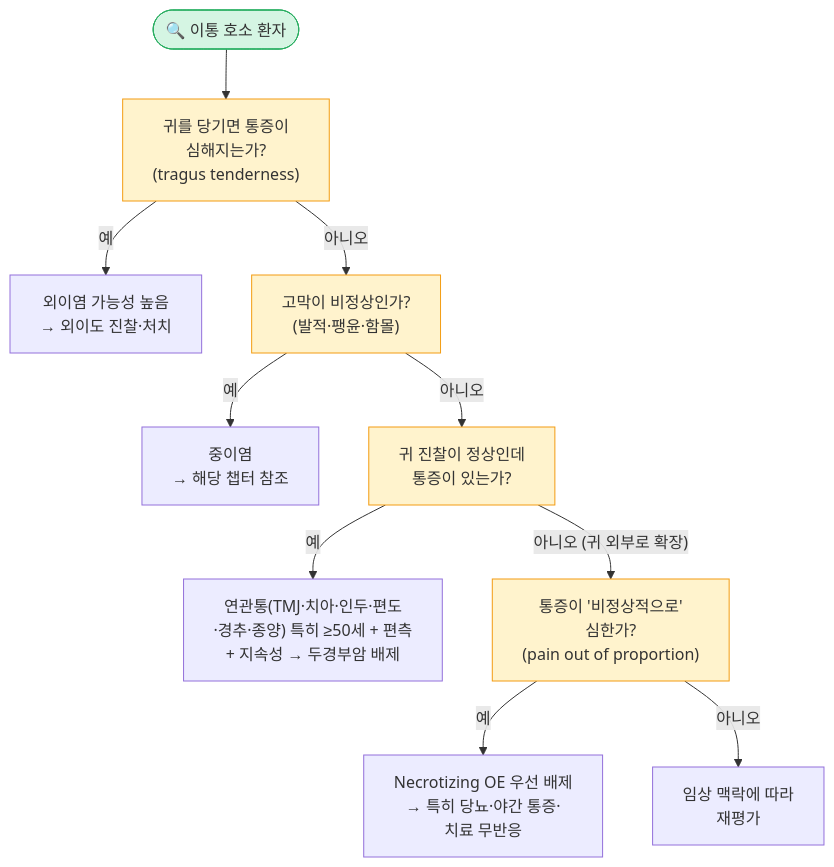
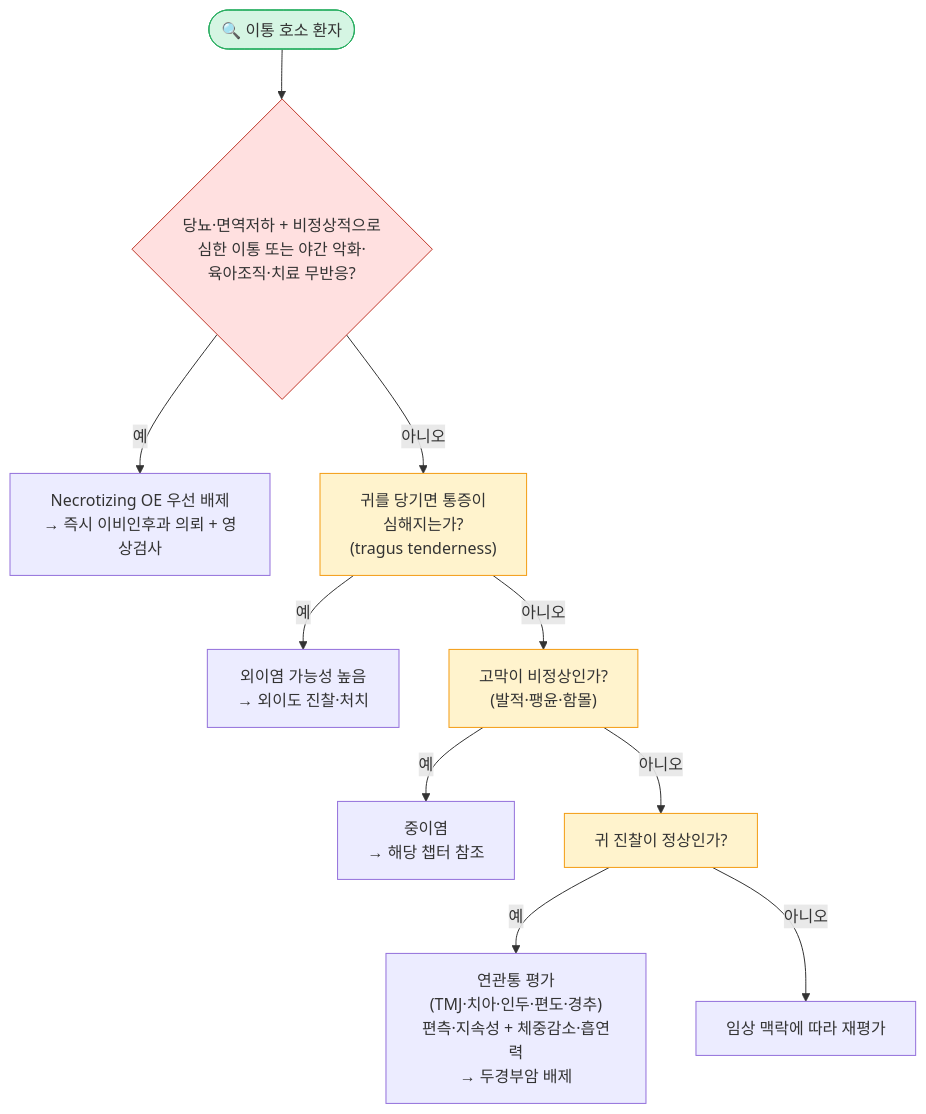
The first of 2 diagrams in 222_/047_-otitis-externa.md (familyoh77/familyoh77), drawn with Mermaid before and after one commit. The commit also changed other lines of this file and 1 other file, not shown here.

````diff
--- a/222_/047_-otitis-externa.md
+++ b/222_/047_-otitis-externa.md
@@ -86,17 +89,18 @@
 ```mermaid
 graph TD
-    S(["🔍 이통 호소 환자"]) --> Q1["귀를 당기면 통증이<br/>심해지는가?<br/>(tragus tenderness)"]
+    S(["🔍 이통 호소 환자"]) --> RF{"당뇨·면역저하 + 비정상적으로<br/>심한 이통 또는 야간 악화·<br/>육아조직·치료 무반응?"}
+    RF -- "예" --> NOE["Necrotizing OE 우선 배제<br/>→ 즉시 이비인후과 의뢰 + 영상검사"]
+    RF -- "아니오" --> Q1["귀를 당기면 통증이<br/>심해지는가?<br/>(tragus tenderness)"]
     Q1 -- "예" --> OE["외이염 가능성 높음<br/>→ 외이도 진찰·처치"]
     Q1 -- "아니오" --> Q2["고막이 비정상인가?<br/>(발적·팽윤·함몰)"]
     Q2 -- "예" --> OM["중이염<br/>→ 해당 챕터 참조"]
-    Q2 -- "아니오" --> Q3["귀 진찰이 정상인데<br/>통증이 있는가?"]
-    Q3 -- "예" --> REF["연관통(TMJ·치아·인두·편도<br/>·경추·종양) 특히 ≥50세 + 편측 <br/>+ 지속성 → 두경부암 배제"]
-    Q3 -- "아니오 (귀 외부로 확장)" --> Q4["통증이 '비정상적으로'<br/>심한가?<br/>(pain out of proportion)"]
-    Q4 -- "예" --> NOE["Necrotizing OE 우선 배제<br/>→ 특히 당뇨·야간 통증·<br/>치료 무반응"]
-    Q4 -- "아니오" --> EVAL["임상 맥락에 따라 <br/>재평가"]
+    Q2 -- "아니오" --> Q3["귀 진찰이 정상인가?"]
+    Q3 -- "예" --> REF["연관통 평가<br/>(TMJ·치아·인두·편도·경추)<br/>편측·지속성 + 체중감소·흡연력<br/>→ 두경부암 배제"]
+    Q3 -- "아니오" --> EVAL["임상 맥락에 따라 재평가"]
     
         style S fill:#d5f5e3,stroke:#27ae60
+        style RF fill:#ffe0e0,stroke:#c0392b
         classDef yellow fill:#fff3cd,stroke:#f39c12
-        class Q1,Q2,Q3,Q4 yellow
+        class Q1,Q2,Q3 yellow
 
 ```
````
